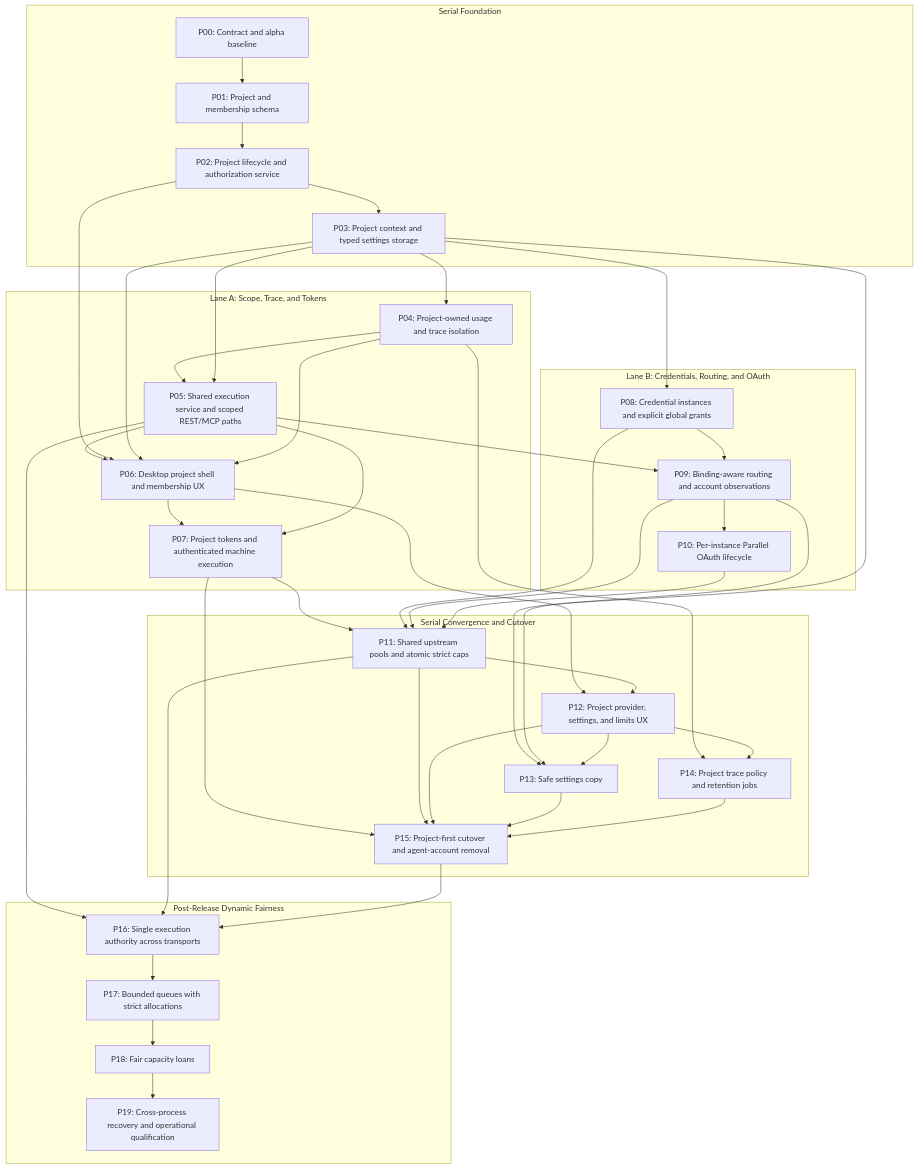
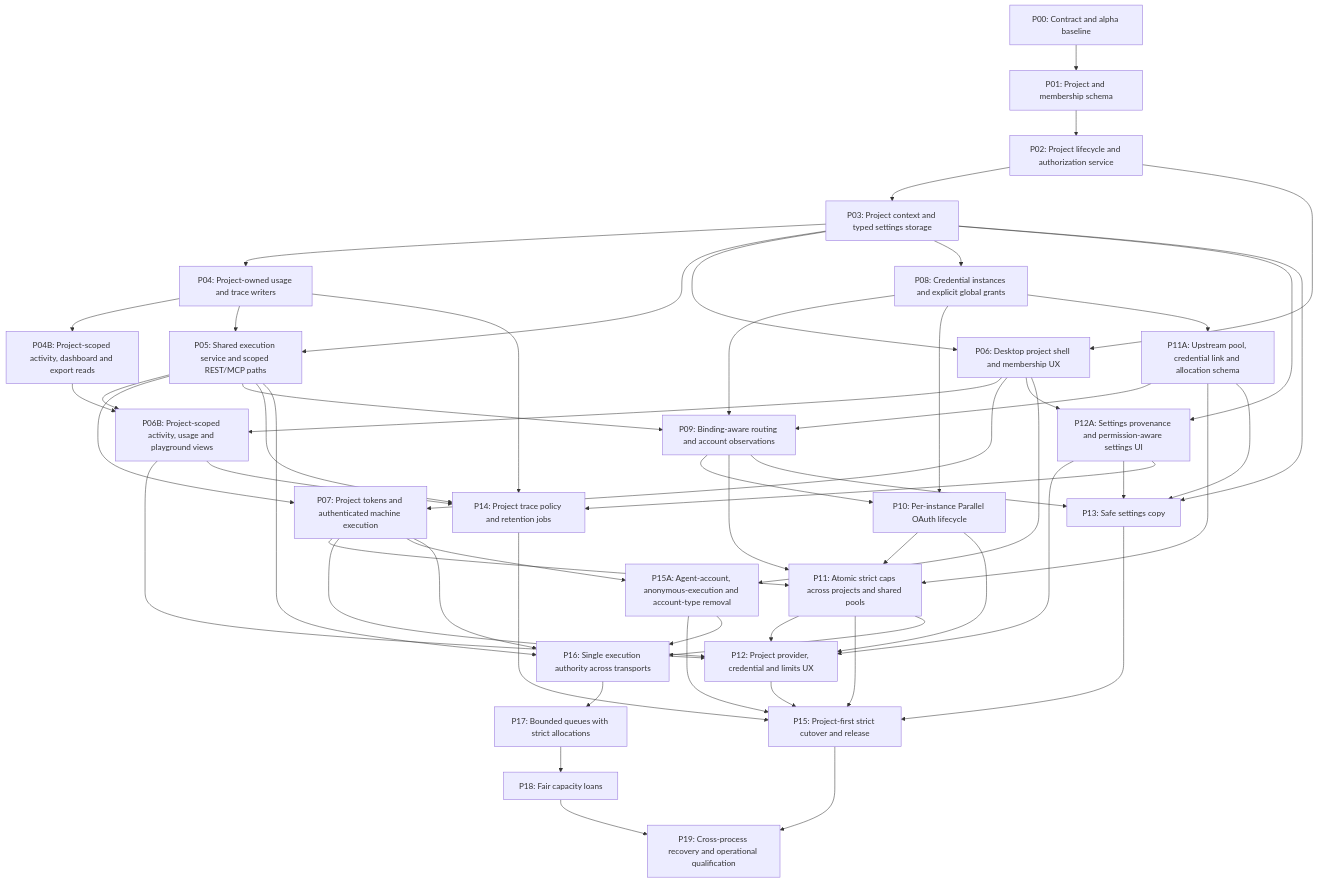
One commit to polyweb-dev/polyweb-mcp changed the diagram in .backlog/docs/doc-000006 - Projects-P00-Ownership-inventory-bootstrap-runbook-and-baseline-matrix.md. Above: the diagram before and after it, drawn with Mermaid. The commit also changed other lines of this file and 22 other files, not shown here.

````diff
--- a/.backlog/docs/doc-000006 - Projects-P00-Ownership-inventory-bootstrap-runbook-and-baseline-matrix.md
+++ b/.backlog/docs/doc-000006 - Projects-P00-Ownership-inventory-bootstrap-runbook-and-baseline-matrix.md
@@ -236,71 +243,83 @@
 ```mermaid
 flowchart TD
-    subgraph Foundation["Serial Foundation"]
-        P00["P00: Contract and alpha baseline"] --> P01["P01: Project and membership schema"]
-        P01 --> P02["P02: Project lifecycle and authorization service"]
-        P02 --> P03["P03: Project context and typed settings storage"]
-    end
-
-    subgraph LaneA["Lane A: Scope, Trace, and Tokens"]
-        P04["P04: Project-owned usage and trace isolation"]
-        P05["P05: Shared execution service and scoped REST/MCP paths"]
-        P06["P06: Desktop project shell and membership UX"]
-        P07["P07: Project tokens and authenticated machine execution"]
-        P04 --> P05
-        P05 --> P06
-        P06 --> P07
-    end
-
-    subgraph LaneB["Lane B: Credentials, Routing, and OAuth"]
-        P08["P08: Credential instances and explicit global grants"]
-        P09["P09: Binding-aware routing and account observations"]
-        P10["P10: Per-instance Parallel OAuth lifecycle"]
-        P08 --> P09
-        P09 --> P10
-    end
-
-    subgraph Joins["Serial Convergence and Cutover"]
-        P11["P11: Shared upstream pools and atomic strict caps"]
-        P12["P12: Project provider, settings, and limits UX"]
-        P13["P13: Safe settings copy"]
-        P14["P14: Project trace policy and retention jobs"]
-        P15["P15: Project-first cutover and agent-account removal"]
-    end
-
-    subgraph Fairness["Post-Release Dynamic Fairness"]
-        P16["P16: Single execution authority across transports"]
-        P17["P17: Bounded queues with strict allocations"]
-        P18["P18: Fair capacity loans"]
-        P19["P19: Cross-process recovery and operational qualification"]
-        P16 --> P17 --> P18 --> P19
-    end
-
-    %% Cross-lane prerequisites matching doc-000005 exactly
+    P00["P00: Contract and alpha baseline"]
+    P01["P01: Project and membership schema"]
+    P02["P02: Project lifecycle and authorization service"]
+    P03["P03: Project context and typed settings storage"]
+    P04["P04: Project-owned usage and trace writers"]
+    P04B["P04B: Project-scoped activity, dashboard and export reads"]
+    P05["P05: Shared execution service and scoped REST/MCP paths"]
+    P06["P06: Desktop project shell and membership UX"]
+    P06B["P06B: Project-scoped activity, usage and playground views"]
+    P07["P07: Project tokens and authenticated machine execution"]
+    P08["P08: Credential instances and explicit global grants"]
+    P09["P09: Binding-aware routing and account observations"]
+    P10["P10: Per-instance Parallel OAuth lifecycle"]
+    P11A["P11A: Upstream pool, credential link and allocation schema"]
+    P11["P11: Atomic strict caps across projects and shared pools"]
+    P12A["P12A: Settings provenance and permission-aware settings UI"]
+    P12["P12: Project provider, credential and limits UX"]
+    P13["P13: Safe settings copy"]
+    P14["P14: Project trace policy and retention jobs"]
+    P15A["P15A: Agent-account, anonymous-execution and account-type removal"]
+    P15["P15: Project-first strict cutover and release"]
+    P16["P16: Single execution authority across transports"]
+    P17["P17: Bounded queues with strict allocations"]
+    P18["P18: Fair capacity loans"]
+    P19["P19: Cross-process recovery and operational qualification"]
+    P00 --> P01
+    P01 --> P02
+    P02 --> P03
     P03 --> P04
+    P04 --> P04B
     P03 --> P05
-    P03 --> P08
+    P04 --> P05
     P02 --> P06
     P03 --> P06
-    P04 --> P06
+    P04B --> P06B
+    P05 --> P06B
+    P06 --> P06B
     P05 --> P07
+    P06 --> P07
+    P03 --> P08
     P05 --> P09
+    P08 --> P09
+    P11A --> P09
+    P08 --> P10
+    P09 --> P10
+    P08 --> P11A
     P07 --> P11
-    P08 --> P11
     P09 --> P11
     P10 --> P11
-    P06 --> P12
+    P11A --> P11
+    P03 --> P12A
+    P06 --> P12A
+    P07 --> P12
+    P10 --> P12
     P11 --> P12
+    P06B --> P12
+    P12A --> P12
     P03 --> P13
     P09 --> P13
-    P12 --> P13
+    P11A --> P13
+    P12A --> P13
     P04 --> P14
-    P12 --> P14
-    P07 --> P15
+    P05 --> P14
+    P06B --> P14
+    P12A --> P14
+    P07 --> P15A
+    P06 --> P15A
     P11 --> P15
     P12 --> P15
     P13 --> P15
     P14 --> P15
+    P15A --> P15
     P05 --> P16
+    P07 --> P16
     P11 --> P16
-    P15 --> P16
+    P15A --> P16
+    P16 --> P17
+    P17 --> P18
+    P18 --> P19
+    P15 --> P19
 ```
````
